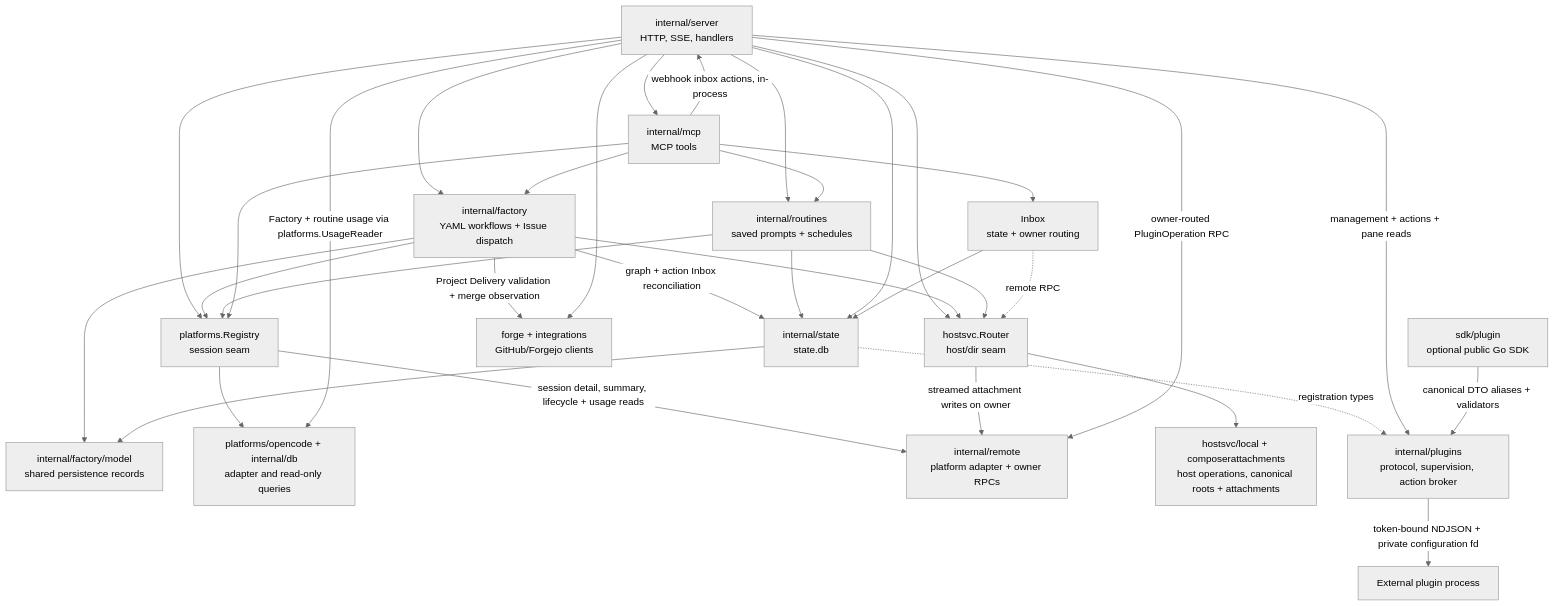
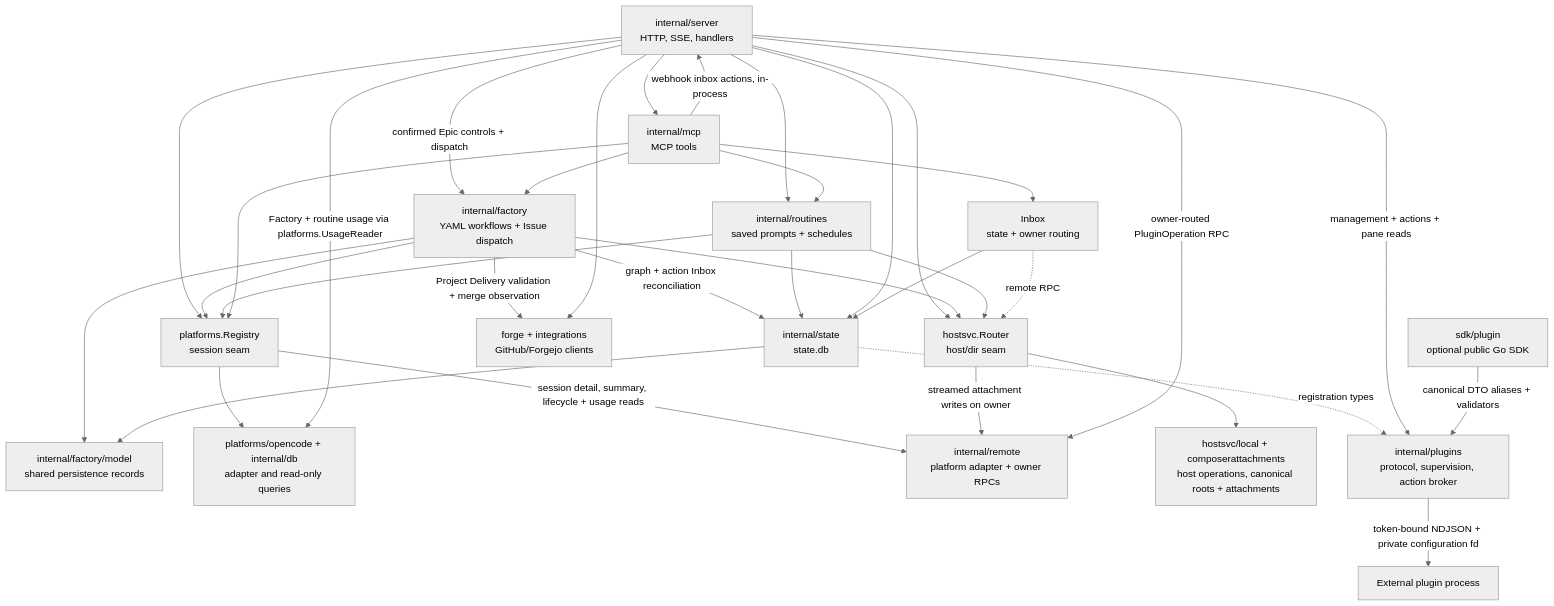
Before and after one commit to ocman/ocman: the third of 5 diagrams in docs/other/architecture.md, drawn with Mermaid (neutral theme). The commit also changed other lines of this file and 24 other files, not shown here.

Commit message:
feat(factory): give control sessions confirmed epic controls and stop

````diff
--- a/docs/other/architecture.md
+++ b/docs/other/architecture.md
@@ -175,36 +175,36 @@
 ```mermaid
 flowchart TD
     Server[internal/server<br/>HTTP, SSE, handlers] --> Registry[platforms.Registry<br/>session seam]
     Server --> Router[hostsvc.Router<br/>host/dir seam]
     Server --> Routines[internal/routines<br/>saved prompts + schedules]
-    Server --> Factory[internal/factory<br/>YAML workflows + Issue dispatch]
+    Server -->|confirmed Epic controls + dispatch| Factory[internal/factory<br/>YAML workflows + Issue dispatch]
     Factory --> FactoryModel[internal/factory/model<br/>shared persistence records]
     Factory -->|graph + action Inbox reconciliation| State
     State --> FactoryModel
     Factory --> Registry
     Factory --> Router
     Factory -->|Project Delivery validation + merge observation| Forge
     Routines --> Registry
     Routines --> Router
     Routines --> State
     Server --> MCP[internal/mcp<br/>MCP tools]
     MCP --> Factory
     MCP --> Inbox[Inbox<br/>state + owner routing]
     MCP --> Routines
     MCP -->|webhook inbox actions, in-process| Server
     MCP --> Registry
     Registry --> OC[platforms/opencode + internal/db<br/>adapter and read-only queries]
     Server -->|Factory + routine usage via platforms.UsageReader| OC
     Registry -->|session detail, summary, lifecycle + usage reads| RP[internal/remote<br/>platform adapter + owner RPCs]
     Router --> Local[hostsvc/local + composerattachments<br/>host operations, canonical roots + attachments]
     Router -->|streamed attachment writes on owner| RP
     Server --> State[internal/state<br/>state.db]
     Inbox --> State
     Inbox -.->|remote RPC| Router
     Server --> Forge[forge + integrations<br/>GitHub/Forgejo clients]
     State -.->|registration types| Plugins[internal/plugins<br/>protocol, supervision, action broker]
     Server -->|management + actions + pane reads| Plugins
     Plugins -->|token-bound NDJSON + private configuration fd| PluginExec[External plugin process]
     Server -->|owner-routed PluginOperation RPC| RP
     PluginSDK[sdk/plugin<br/>optional public Go SDK] -->|canonical DTO aliases + validators| Plugins
 ```
````
